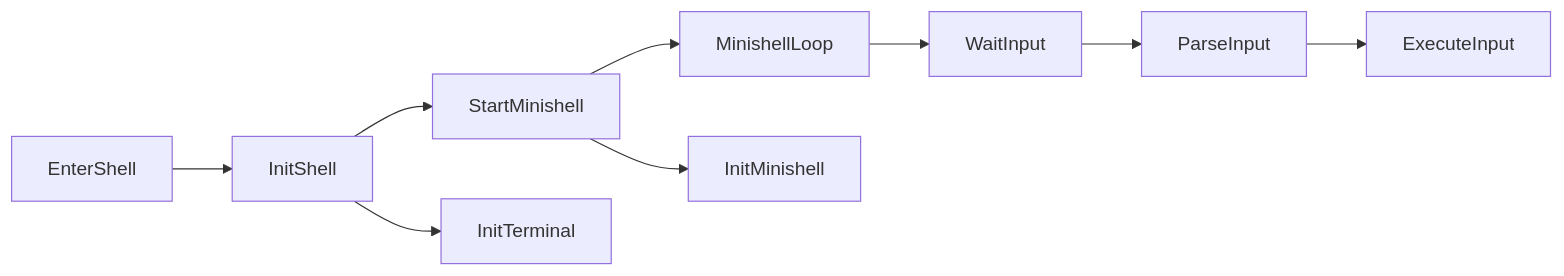
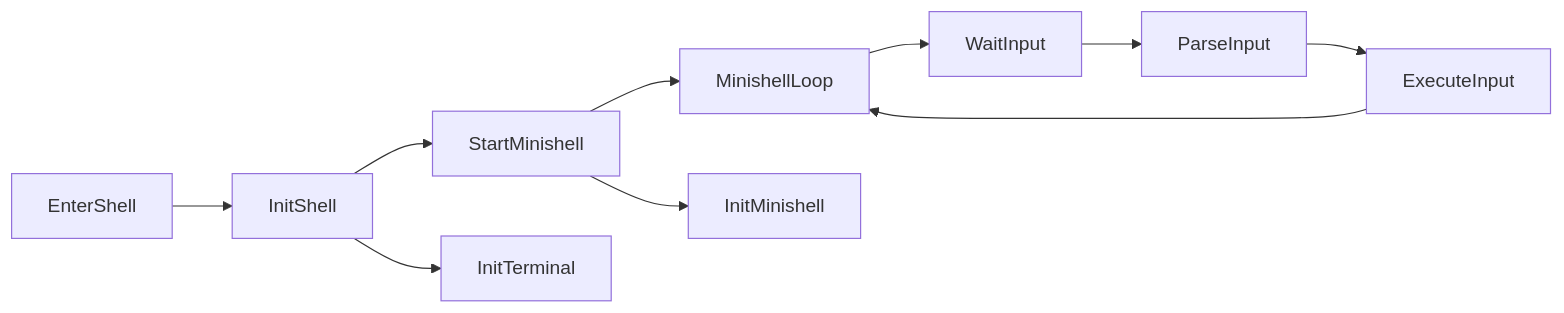
Before and after one commit to vvaucoul/Minishell: the diagram in README.md, drawn with Mermaid.

````diff
--- a/README.md
+++ b/README.md
@@ -70,12 +70,12 @@
 ```mermaid
 flowchart LR
    EnterShell --> InitShell --> StartMinishell
   
    InitShell --> InitTerminal
   
    StartMinishell --> MinishellLoop
    
    StartMinishell --> InitMinishell
    
-   MinishellLoop --> WaitInput --> ParseInput --> ExecuteInput
+   MinishellLoop --> WaitInput --> ParseInput --> ExecuteInput --> MinishellLoop
 ```
````
